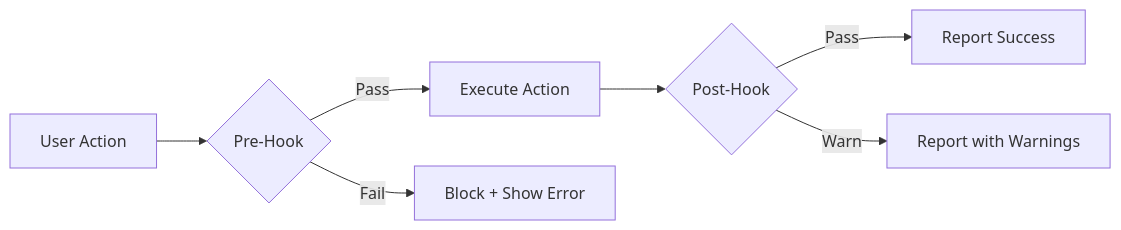
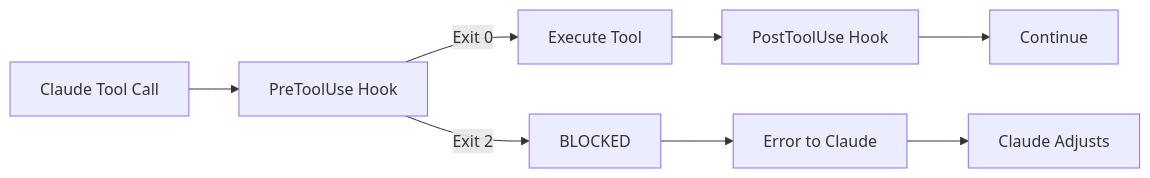
One commit to ni5h4nt/agentic-coding-tutorials changed the eighth of 19 diagrams in claude-code/cli-generator/Claude-Code-Tutorial-2.md. Above: the diagram before and after it, drawn with Mermaid. The commit also changed other lines of this file and 8 other files, not shown here.

````diff
--- a/claude-code/cli-generator/Claude-Code-Tutorial-2.md
+++ b/claude-code/cli-generator/Claude-Code-Tutorial-2.md
@@ -3215,9 +3223,10 @@
 ```mermaid
 flowchart LR
-    A[User Action] --> B{Pre-Hook}
-    B -->|Pass| C[Execute Action]
-    B -->|Fail| D[Block + Show Error]
-    C --> E{Post-Hook}
-    E -->|Pass| F[Report Success]
-    E -->|Warn| G[Report with Warnings]
+    A[Claude Tool Call] --> B[PreToolUse Hook]
+    B -->|Exit 0| C[Execute Tool]
+    B -->|Exit 2| D[BLOCKED]
+    C --> E[PostToolUse Hook]
+    E --> F[Continue]
+    D --> G[Error to Claude]
+    G --> H[Claude Adjusts]
 ```
````
